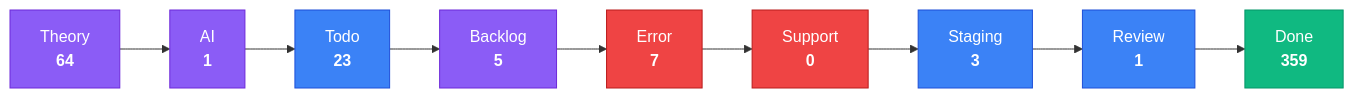
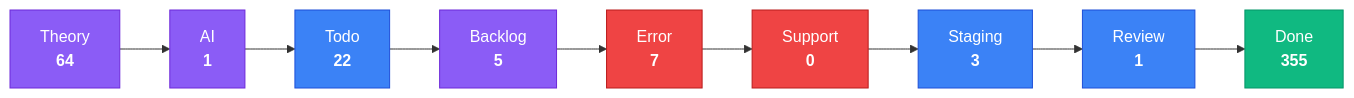
One commit to KBVE/kbve changed the third of 4 diagrams in apps/kbve/astro-kbve/src/content/docs/dashboard/kanban-data.mdx. Above: the diagram before and after it, drawn with Mermaid. The commit also changed other lines of this file and 8 other files, not shown here.

````diff
--- a/apps/kbve/astro-kbve/src/content/docs/dashboard/kanban-data.mdx
+++ b/apps/kbve/astro-kbve/src/content/docs/dashboard/kanban-data.mdx
@@ -80,28 +80,28 @@
 ```mermaid
 flowchart LR
     classDef planning fill:#8b5cf6,stroke:#6d28d9,color:#fff
     classDef active fill:#3b82f6,stroke:#1d4ed8,color:#fff
     classDef blocked fill:#ef4444,stroke:#b91c1c,color:#fff
     classDef done fill:#10b981,stroke:#059669,color:#fff
     Theory["Theory<br/><strong>64</strong>"]
     Theory --> AI
     AI["AI<br/><strong>1</strong>"]
     AI --> Todo
-    Todo["Todo<br/><strong>23</strong>"]
+    Todo["Todo<br/><strong>22</strong>"]
     Todo --> Backlog
     Backlog["Backlog<br/><strong>5</strong>"]
     Backlog --> Error
     Error["Error<br/><strong>7</strong>"]
     Error --> Support
     Support["Support<br/><strong>0</strong>"]
     Support --> Staging
     Staging["Staging<br/><strong>3</strong>"]
     Staging --> Review
     Review["Review<br/><strong>1</strong>"]
     Review --> Done
-    Done["Done<br/><strong>359</strong>"]
+    Done["Done<br/><strong>355</strong>"]
     class Theory,AI,Backlog planning
     class Todo,Staging,Review active
     class Error,Support blocked
     class Done done
 ```
````
